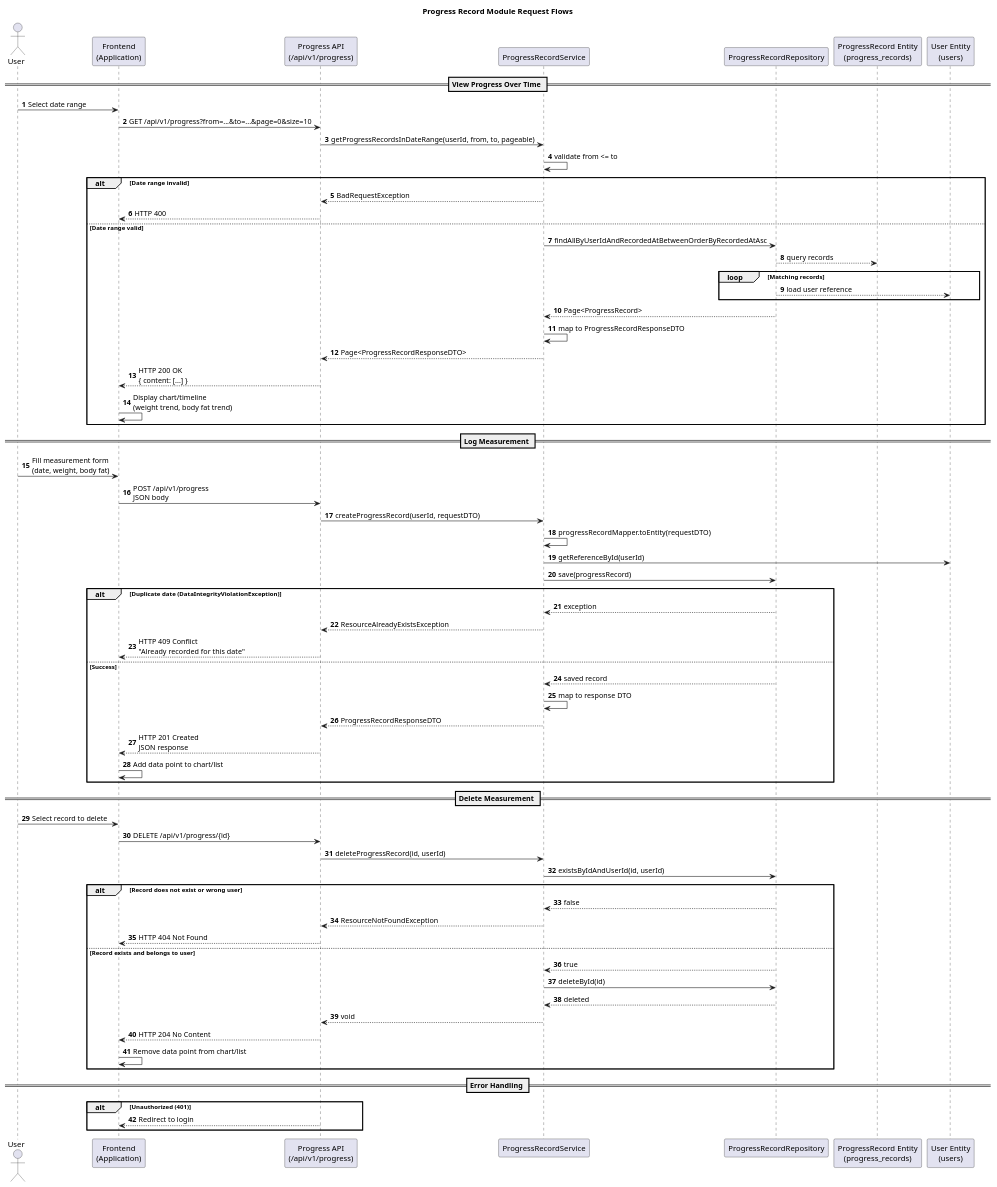
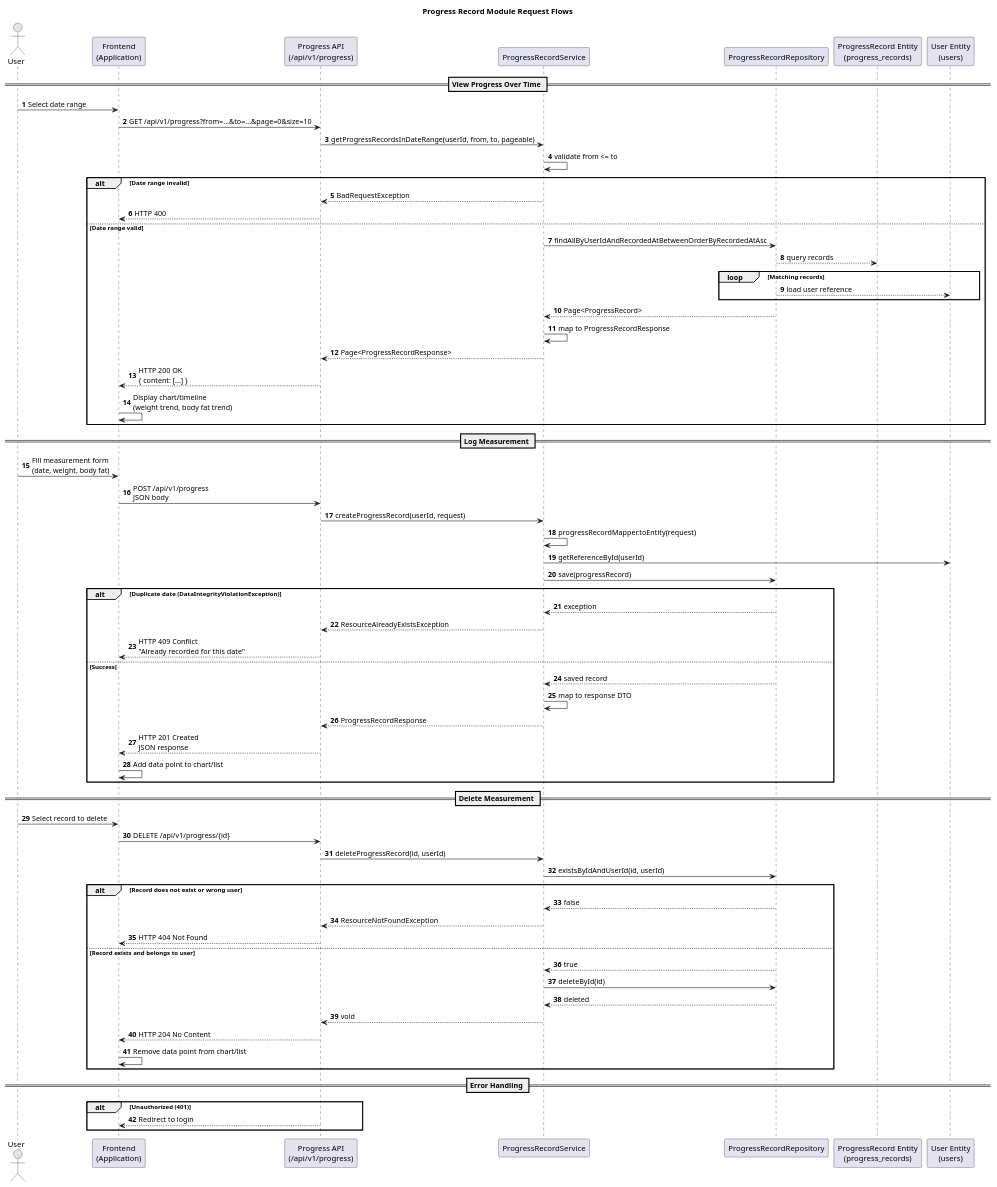
The diagram in docs/progress/progress-sequence.puml (genesshoan/fitness-tracker-api), drawn with PlantUML before and after one commit. The commit also changed 64 other files, not shown here.

```diff
--- a/docs/progress/progress-sequence.puml
+++ b/docs/progress/progress-sequence.puml
@@ -1,76 +1,76 @@
 @startuml progress-sequence
 
 title Progress Record Module Request Flows
 
 autonumber
 actor User
 participant "Frontend\n(Application)" as FE
 participant "Progress API\n(/api/v1/progress)" as API
 participant "ProgressRecordService" as PS
 participant "ProgressRecordRepository" as PR
 participant "ProgressRecord Entity\n(progress_records)" as PREC
 participant "User Entity\n(users)" as USER
 
 == View Progress Over Time ==
 User -> FE : Select date range
 FE -> API : GET /api/v1/progress?from=...&to=...&page=0&size=10
 API -> PS : getProgressRecordsInDateRange(userId, from, to, pageable)
 PS -> PS : validate from <= to
 alt Date range invalid
     PS --> API : BadRequestException
     API --> FE : HTTP 400
 else Date range valid
     PS -> PR : findAllByUserIdAndRecordedAtBetweenOrderByRecordedAtAsc
     PR --> PREC : query records
     loop Matching records
         PR --> USER : load user reference
     end
     PR --> PS : Page<ProgressRecord>
-    PS -> PS : map to ProgressRecordResponseDTO
-    PS --> API : Page<ProgressRecordResponseDTO>
+    PS -> PS : map to ProgressRecordResponse
+    PS --> API : Page<ProgressRecordResponse>
     API --> FE : HTTP 200 OK\n{ content: [...] }
     FE -> FE : Display chart/timeline\n(weight trend, body fat trend)
 end
 
 == Log Measurement ==
 User -> FE : Fill measurement form\n(date, weight, body fat)
 FE -> API : POST /api/v1/progress\nJSON body
-API -> PS : createProgressRecord(userId, requestDTO)
-PS -> PS : progressRecordMapper.toEntity(requestDTO)
+API -> PS : createProgressRecord(userId, request)
+PS -> PS : progressRecordMapper.toEntity(request)
 PS -> USER : getReferenceById(userId)
 PS -> PR : save(progressRecord)
 alt Duplicate date (DataIntegrityViolationException)
     PR --> PS : exception
     PS --> API : ResourceAlreadyExistsException
     API --> FE : HTTP 409 Conflict\n"Already recorded for this date"
 else Success
     PR --> PS : saved record
     PS -> PS : map to response DTO
-    PS --> API : ProgressRecordResponseDTO
+    PS --> API : ProgressRecordResponse
     API --> FE : HTTP 201 Created\nJSON response
     FE -> FE : Add data point to chart/list
 end
 
 == Delete Measurement ==
 User -> FE : Select record to delete
 FE -> API : DELETE /api/v1/progress/{id}
 API -> PS : deleteProgressRecord(id, userId)
 PS -> PR : existsByIdAndUserId(id, userId)
 alt Record does not exist or wrong user
     PR --> PS : false
     PS --> API : ResourceNotFoundException
     API --> FE : HTTP 404 Not Found
 else Record exists and belongs to user
     PR --> PS : true
     PS -> PR : deleteById(id)
     PR --> PS : deleted
     PS --> API : void
     API --> FE : HTTP 204 No Content
     FE -> FE : Remove data point from chart/list
 end
 
 == Error Handling ==
 alt Unauthorized (401)
     API --> FE : Redirect to login
 end
 @enduml
```
